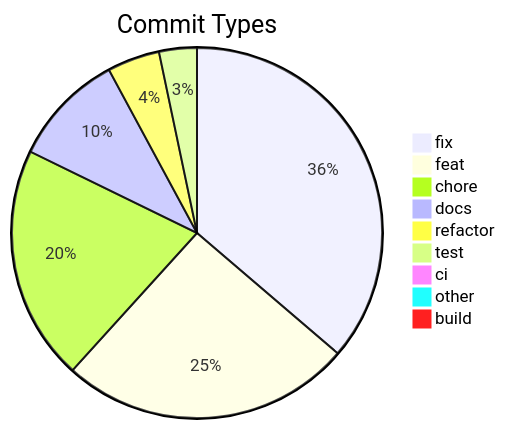
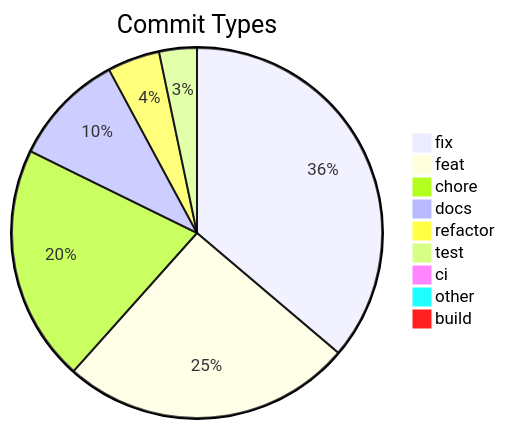
One commit to svenroth-ai/shipwright-webui changed the diagram in .shipwright/compliance/change-history.md. Above: the diagram before and after it, drawn with Mermaid. The commit also changed other lines of this file and 32 other files, not shown here.

````diff
--- a/.shipwright/compliance/change-history.md
+++ b/.shipwright/compliance/change-history.md
@@ -8,12 +8,12 @@
 ```mermaid
 pie title Commit Types
     "fix" : 198
     "feat" : 139
-    "chore" : 112
+    "chore" : 113
     "docs" : 54
     "refactor" : 25
     "test" : 18
     "ci" : 5
     "other" : 4
     "build" : 1
 ```
````
